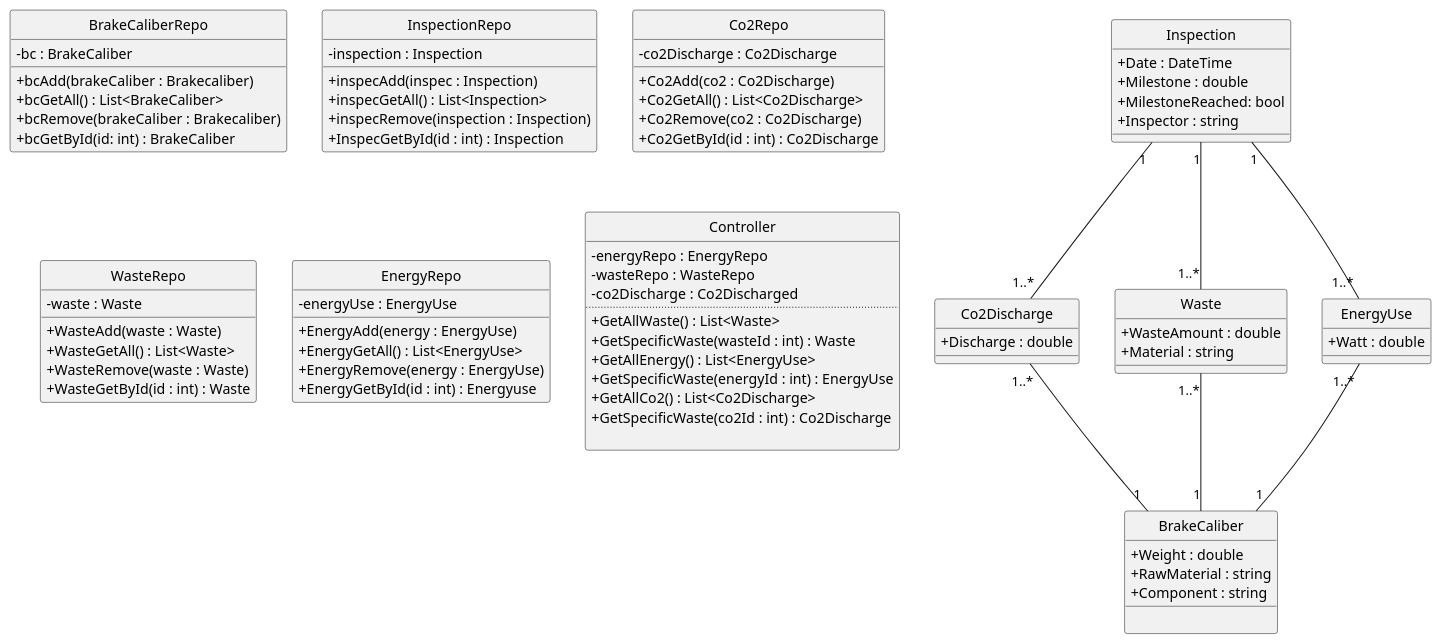
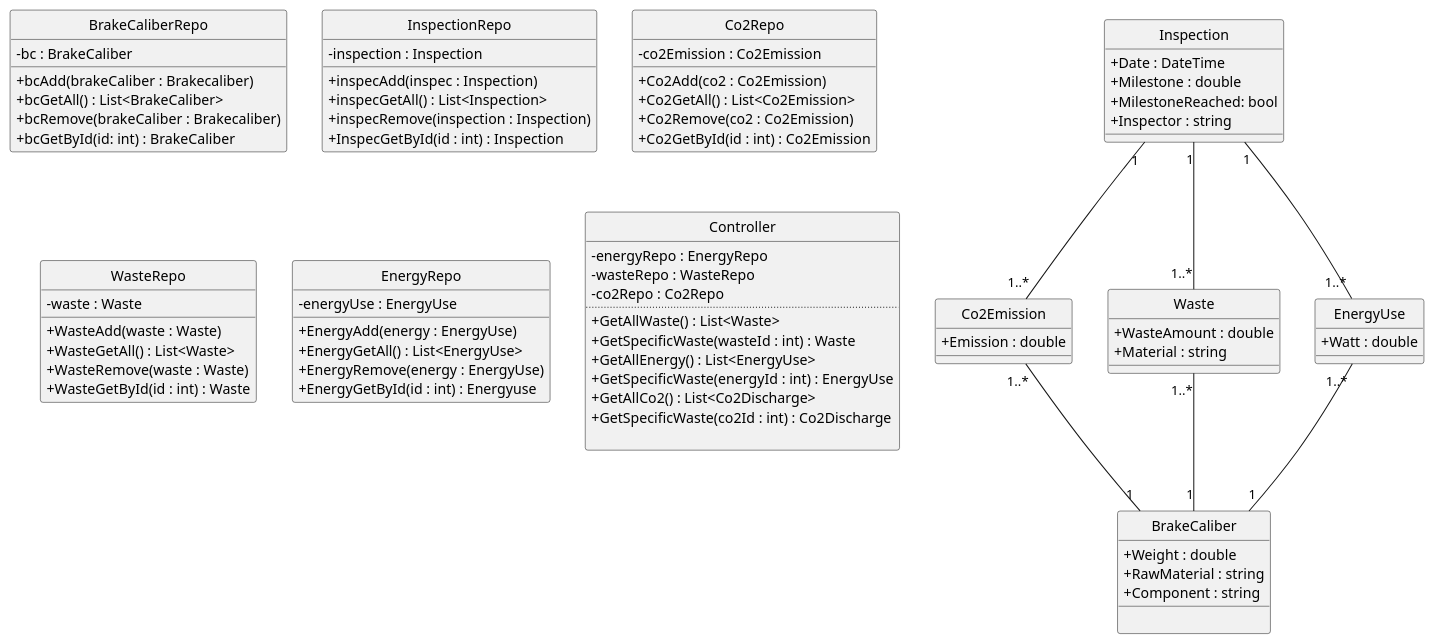
The diagram in Budweg/Artefacts/BudwegDCD.plantuml (FilipMeldal/Team1A), drawn with PlantUML before and after one commit. The commit also changed 10 other files, not shown here.

```diff
--- a/Budweg/Artefacts/BudwegDCD.plantuml
+++ b/Budweg/Artefacts/BudwegDCD.plantuml
@@ -1,115 +1,115 @@
 @startuml
 hide circle
 skinparam classAttributeIconSize 0
 
-Co2Discharge "1..*" -- "1" BrakeCaliber
+Co2Emission "1..*" -- "1" BrakeCaliber
 Waste "1..*" -- "1" BrakeCaliber
 EnergyUse "1..*" -- "1" BrakeCaliber
-Inspection "1" -- "1..*" Co2Discharge
+Inspection "1" -- "1..*" Co2Emission
 Inspection "1" -- "1..*" Waste
 Inspection "1" -- "1..*" EnergyUse
 
 
 Class BrakeCaliber
 {
     +Weight : double
     +RawMaterial : string
     +Component : string
     __
     
 }
 
-Class Co2Discharge 
+Class Co2Emission 
 {
-    +Discharge : double
+    +Emission : double
 }
 
 Class Waste
 {
     +WasteAmount : double
     +Material : string
 }
 
 Class EnergyUse
 {
     +Watt : double
 }
 
 Class Inspection
 {
     +Date : DateTime
     +Milestone : double
     +MilestoneReached: bool
     +Inspector : string
 }
 
 Class BrakeCaliberRepo
 {
     -bc : BrakeCaliber
     __
     +bcAdd(brakeCaliber : Brakecaliber)
     +bcGetAll() : List<BrakeCaliber>
     +bcRemove(brakeCaliber : Brakecaliber)   
     +bcGetById(id: int) : BrakeCaliber
 }
 
 Class InspectionRepo
 { 
     -inspection : Inspection
     __
     +inspecAdd(inspec : Inspection)
     +inspecGetAll() : List<Inspection>
     +inspecRemove(inspection : Inspection)
     +InspecGetById(id : int) : Inspection
 }
 
 
 Class Co2Repo
 {
-    -co2Discharge : Co2Discharge
+    -co2Emission : Co2Emission
     __
-    +Co2Add(co2 : Co2Discharge)
-    +Co2GetAll() : List<Co2Discharge>
-    +Co2Remove(co2 : Co2Discharge)
-    +Co2GetById(id : int) : Co2Discharge
+    +Co2Add(co2 : Co2Emission)
+    +Co2GetAll() : List<Co2Emission>
+    +Co2Remove(co2 : Co2Emission)
+    +Co2GetById(id : int) : Co2Emission
 }
 
 Class WasteRepo
 {
     -waste : Waste
     __
     +WasteAdd(waste : Waste)
     +WasteGetAll() : List<Waste>
     +WasteRemove(waste : Waste)
     +WasteGetById(id : int) : Waste
 }
 
 Class EnergyRepo
 {
     -energyUse : EnergyUse
     __
     +EnergyAdd(energy : EnergyUse)
     +EnergyGetAll() : List<EnergyUse>
     +EnergyRemove(energy : EnergyUse)
     +EnergyGetById(id : int) : Energyuse
 }
 
 
 
 
 Class Controller
 {
 -energyRepo : EnergyRepo
 -wasteRepo : WasteRepo
--co2Discharge : Co2Discharged
+-co2Repo : Co2Repo
 ..
 +GetAllWaste() : List<Waste>
 +GetSpecificWaste(wasteId : int) : Waste
 +GetAllEnergy() : List<EnergyUse>
 +GetSpecificWaste(energyId : int) : EnergyUse
 +GetAllCo2() : List<Co2Discharge>
 +GetSpecificWaste(co2Id : int) : Co2Discharge
 
 }
 
 @enduml
```
